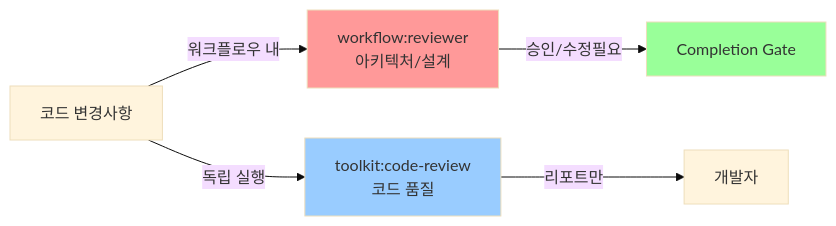
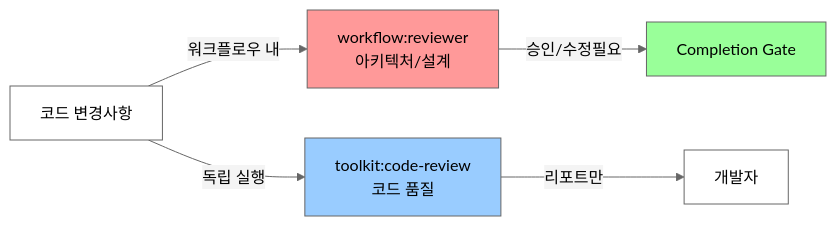
One commit to Wondermove-Inc/calab-claude-plugin changed the first of 3 diagrams in docs/reviewer-separation.md. Above: the diagram before and after it, drawn with Mermaid. The commit also changed other lines of this file, not shown here.

First line of the commit message:
[fix]: Mermaid 다이어그램 가시성 개선 - 다크/라이트 테마 모두 지원

````diff
--- a/docs/reviewer-separation.md
+++ b/docs/reviewer-separation.md
@@ -7,18 +7,20 @@
 ```mermaid
-%%{init: {'theme':'base', 'themeVariables': { 'fontSize':'16px'}, 'elk': {'mergeEdges': true}}}%%
+%%{init: {'theme':'base', 'themeVariables': { 'fontSize':'16px', 'primaryColor':'#fff', 'primaryTextColor':'#000', 'primaryBorderColor':'#333', 'lineColor':'#666', 'secondaryColor':'#f4f4f4', 'tertiaryColor':'#fff'}, 'elk': {'mergeEdges': true}}}%%
 flowchart LR
     Code[코드 변경사항]
 
     WR[workflow:reviewer<br/>아키텍처/설계]
     TR[toolkit:code-review<br/>코드 품질]
 
     Code -->|워크플로우 내| WR
     Code -->|독립 실행| TR
 
     WR -->|승인/수정필요| Gate[Completion Gate]
     TR -->|리포트만| Dev[개발자]
 
-    style WR fill:#ff9999
-    style TR fill:#99ccff
-    style Gate fill:#99ff99
+    style WR fill:#ff9999,stroke:#666,color:#000
+    style TR fill:#99ccff,stroke:#666,color:#000
+    style Gate fill:#99ff99,stroke:#666,color:#000
+    style Code stroke:#666,color:#000
+    style Dev stroke:#666,color:#000
 ```
````
